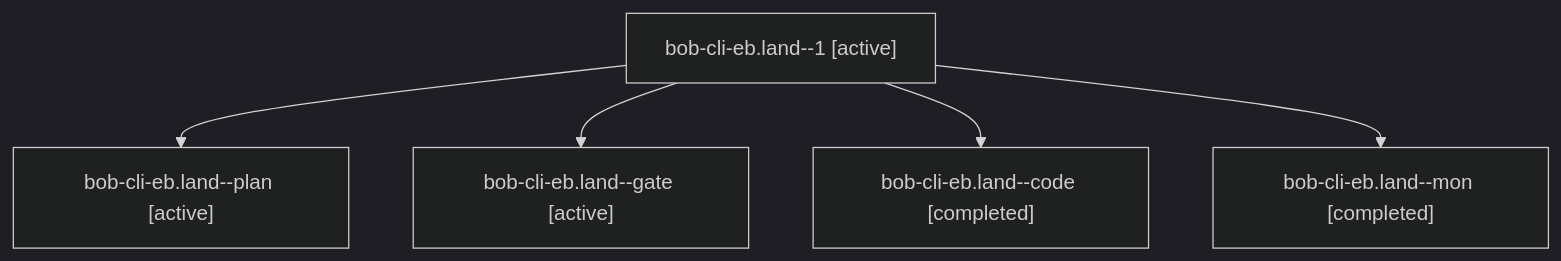
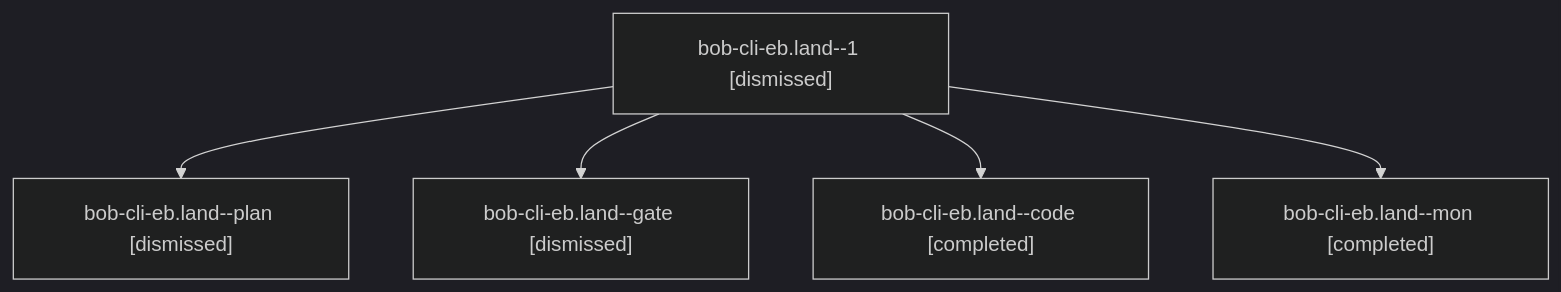
The diagram in sessions/bbugyi200.apollo.bob-cli-eb.land.md (bobs-org/bob-cli--agents), drawn with Mermaid (dark theme) before and after one commit. The commit also changed other lines of this file and 256 other files, not shown here.

````diff
--- a/sessions/bbugyi200.apollo.bob-cli-eb.land.md
+++ b/sessions/bbugyi200.apollo.bob-cli-eb.land.md
@@ -9,12 +9,12 @@
 ```mermaid
 flowchart TD
-  n0["bob-cli-eb.land--1 [active]"]
-  n1["bob-cli-eb.land--plan [active]"]
+  n0["bob-cli-eb.land--1 [dismissed]"]
+  n1["bob-cli-eb.land--plan [dismissed]"]
   n0 --> n1
-  n2["bob-cli-eb.land--gate [active]"]
+  n2["bob-cli-eb.land--gate [dismissed]"]
   n0 --> n2
   n3["bob-cli-eb.land--code [completed]"]
   n0 --> n3
   n4["bob-cli-eb.land--mon [completed]"]
   n0 --> n4
 ```
````
